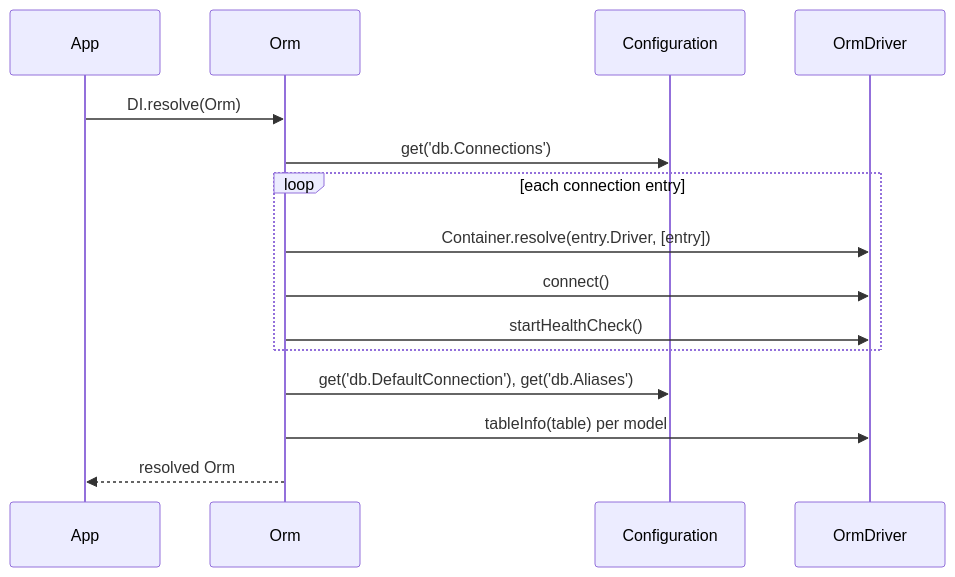
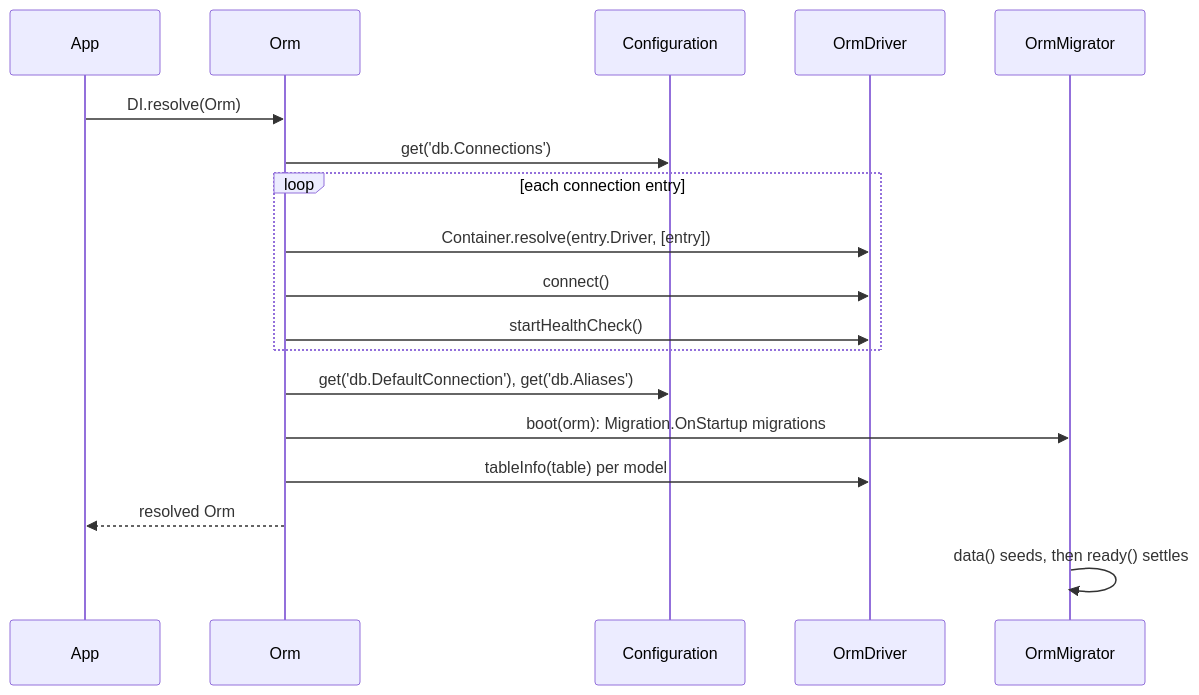
The diagram in docs/orm/01-connections.md (spinajs/main), drawn with Mermaid before and after one commit. The commit also changed other lines of this file and 179 other files, not shown here.

First line of the commit message:
feat(orm)!: Orm.resolve() applies the OnStartup migrations; seeds run on di.resolved.Orm (#412)

````diff
--- a/docs/orm/01-connections.md
+++ b/docs/orm/01-connections.md
@@ -21,17 +23,20 @@
 ```mermaid
 sequenceDiagram
   participant App
   participant Orm
   participant Configuration
   participant Driver as OrmDriver
+  participant Mg as OrmMigrator
   App->>Orm: DI.resolve(Orm)
   Orm->>Configuration: get('db.Connections')
   loop each connection entry
     Orm->>Driver: Container.resolve(entry.Driver, [entry])
     Orm->>Driver: connect()
     Orm->>Driver: startHealthCheck()
   end
   Orm->>Configuration: get('db.DefaultConnection'), get('db.Aliases')
+  Orm->>Mg: boot(orm): Migration.OnStartup migrations
   Orm->>Driver: tableInfo(table) per model
   Orm-->>App: resolved Orm
+  Mg->>Mg: data() seeds, then ready() settles
 ```
````
